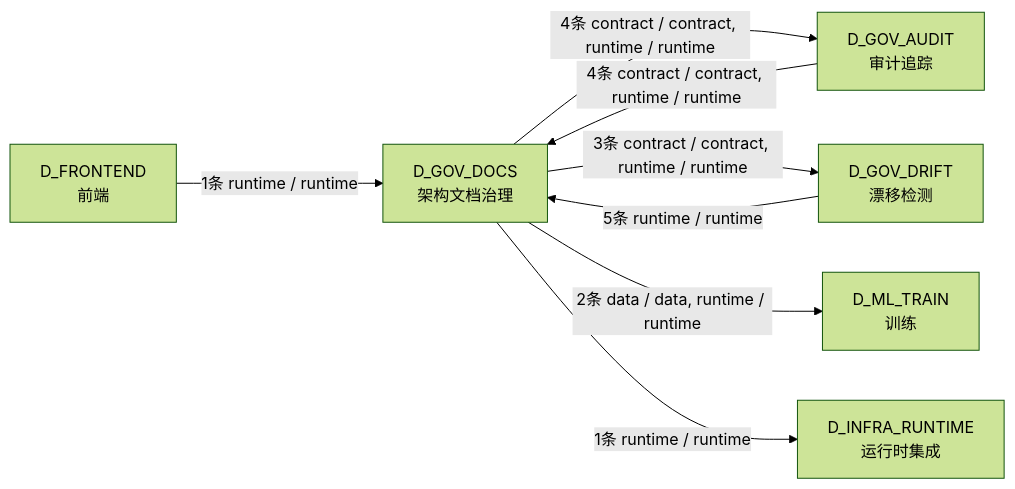
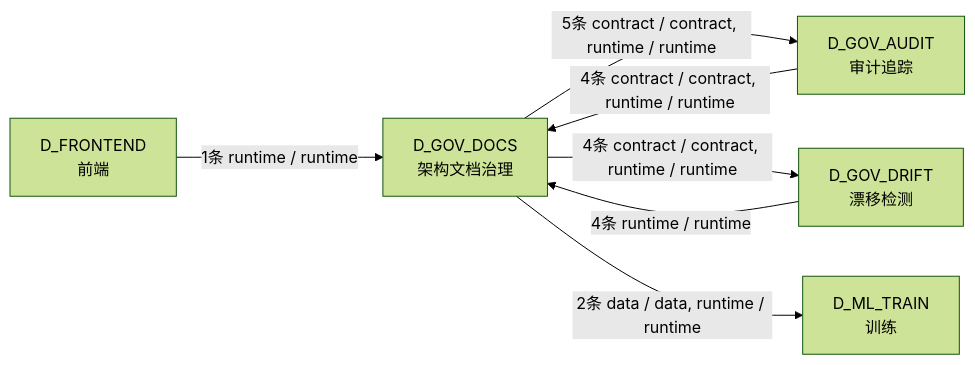
The third of 3 diagrams in docs/02_enterprise_architecture/02_domain_architecture_docs/40_d_gov_docs.md (xuanFelixVan/ZephyrAlpha), drawn with Mermaid (forest theme) before and after one commit. The commit also changed other lines of this file and 86 other files, not shown here.

````diff
--- a/docs/02_enterprise_architecture/02_domain_architecture_docs/40_d_gov_docs.md
+++ b/docs/02_enterprise_architecture/02_domain_architecture_docs/40_d_gov_docs.md
@@ -321,16 +331,14 @@
 ```mermaid
 graph LR
     D_GOV_DOCS["D_GOV_DOCS<br/>架构文档治理"]
     D_GOV_AUDIT["D_GOV_AUDIT<br/>审计追踪"]
     D_GOV_DRIFT["D_GOV_DRIFT<br/>漂移检测"]
     D_ML_TRAIN["D_ML_TRAIN<br/>训练"]
-    D_INFRA_RUNTIME["D_INFRA_RUNTIME<br/>运行时集成"]
     D_FRONTEND["D_FRONTEND<br/>前端"]
-    D_GOV_DOCS -->|4条 contract / contract, runtime / runtime| D_GOV_AUDIT
-    D_GOV_DOCS -->|3条 contract / contract, runtime / runtime| D_GOV_DRIFT
+    D_GOV_DOCS -->|5条 contract / contract, runtime / runtime| D_GOV_AUDIT
+    D_GOV_DOCS -->|4条 contract / contract, runtime / runtime| D_GOV_DRIFT
     D_GOV_DOCS -->|2条 data / data, runtime / runtime| D_ML_TRAIN
-    D_GOV_DOCS -->|1条 runtime / runtime| D_INFRA_RUNTIME
-    D_GOV_DRIFT -->|5条 runtime / runtime| D_GOV_DOCS
     D_GOV_AUDIT -->|4条 contract / contract, runtime / runtime| D_GOV_DOCS
+    D_GOV_DRIFT -->|4条 runtime / runtime| D_GOV_DOCS
     D_FRONTEND -->|1条 runtime / runtime| D_GOV_DOCS
 ```
````
